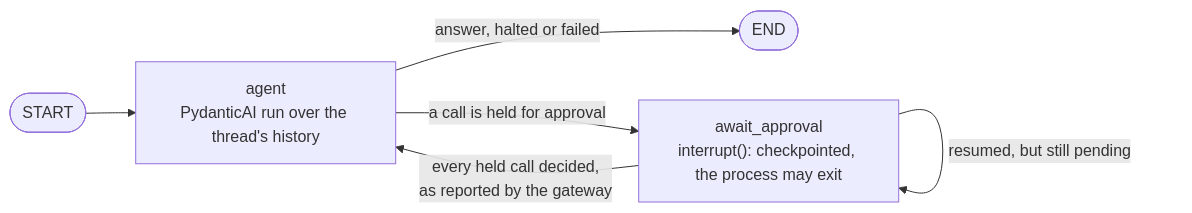
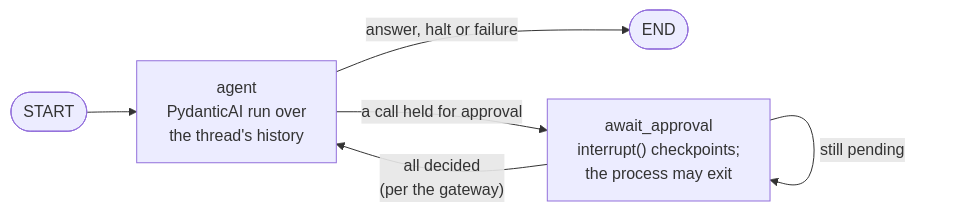
Before and after one commit to lovable-solution/mcp-enterprise-gateway: the fifth of 6 diagrams in README.md, drawn with Mermaid. The commit also changed other lines of this file, not shown here.

First line of the commit message:
docs: fix Mermaid diagram layouts in README

````diff
--- a/README.md
+++ b/README.md
@@ -246,8 +246,8 @@
 ```mermaid
 flowchart LR
-  entry(["START"]) --> agent["agent<br/>PydanticAI run over the thread's history"]
-  agent -->|"answer, halted or failed"| finish(["END"])
-  agent -->|"a call is held for approval"| wait["await_approval<br/>interrupt(): checkpointed, the process may exit"]
-  wait -->|"resumed, but still pending"| wait
-  wait -->|"every held call decided,<br/>as reported by the gateway"| agent
+  entry(["START"]) --> agent["agent<br/>PydanticAI run over<br/>the thread's history"]
+  agent -->|"answer, halt or failure"| finish(["END"])
+  agent -->|"a call held for approval"| wait["await_approval<br/>interrupt() checkpoints;<br/>the process may exit"]
+  wait -->|"still pending"| wait
+  wait -->|"all decided<br/>(per the gateway)"| agent
 ```
````
